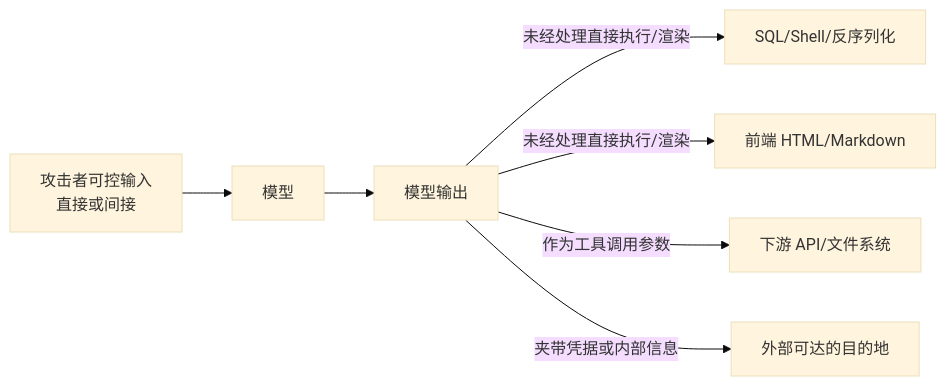
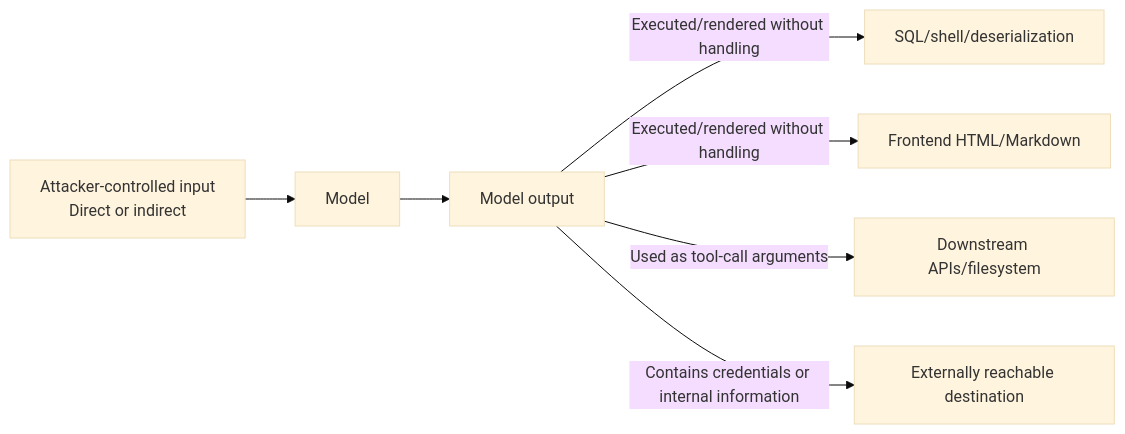
Before and after one commit to oneleaveknowsthefall/awesome-ai-roadmap: the diagram in docs/safety/02-prompt-content-attacks/03-output-handling-secret-exfiltration.md, drawn with Mermaid (base theme). The commit also changed other lines of this file and 82 other files, not shown here.

````diff
--- a/docs/safety/02-prompt-content-attacks/03-output-handling-secret-exfiltration.md
+++ b/docs/safety/02-prompt-content-attacks/03-output-handling-secret-exfiltration.md
@@ -11,9 +11,9 @@
 ```mermaid
 flowchart LR
-    U[攻击者可控输入<br/>直接或间接] --> M[模型]
-    M --> O[模型输出]
-    O -->|未经处理直接执行/渲染| D1[SQL/Shell/反序列化]
-    O -->|未经处理直接执行/渲染| D2[前端 HTML/Markdown]
-    O -->|作为工具调用参数| D3[下游 API/文件系统]
-    O -->|夹带凭据或内部信息| D4[外部可达的目的地]
+    U[Attacker-controlled input<br/>Direct or indirect] --> M[Model]
+    M --> O[Model output]
+    O -->|Executed/rendered without handling| D1[SQL/shell/deserialization]
+    O -->|Executed/rendered without handling| D2[Frontend HTML/Markdown]
+    O -->|Used as tool-call arguments| D3[Downstream APIs/filesystem]
+    O -->|Contains credentials or internal information| D4[Externally reachable destination]
 ```
````
